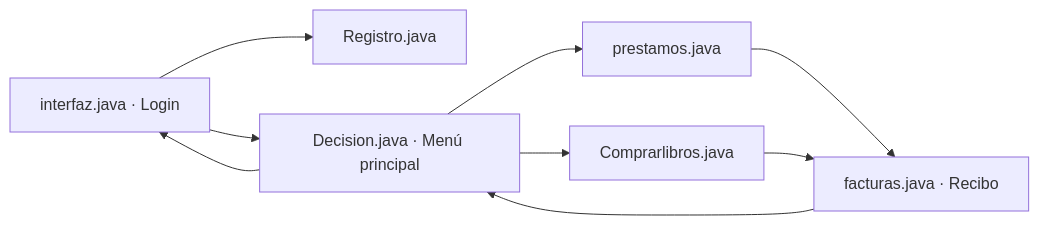
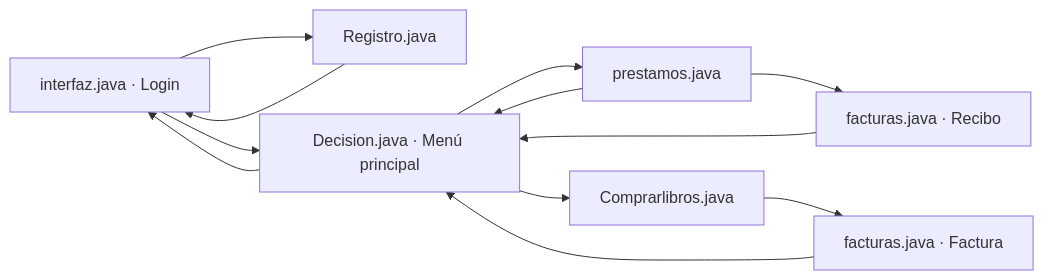
The diagram in README.md (Jairo0811/SistemaBibliotecario), drawn with Mermaid before and after one commit. The commit also changed other lines of this file and 5 other files, not shown here.

````diff
--- a/README.md
+++ b/README.md
@@ -179,11 +200,14 @@
 ```mermaid
 flowchart LR
     Login["interfaz.java · Login"] --> Registro["Registro.java"]
+    Registro --> Login
     Login --> Menu["Decision.java · Menú principal"]
     Menu --> Prestamos["prestamos.java"]
     Menu --> Compras["Comprarlibros.java"]
     Prestamos --> Comprobante["facturas.java · Recibo"]
-    Compras --> Comprobante
+    Compras --> Comprobante2["facturas.java · Factura"]
+    Prestamos --> Menu
     Comprobante --> Menu
+    Comprobante2 --> Menu
     Menu --> Login
 ```
````
